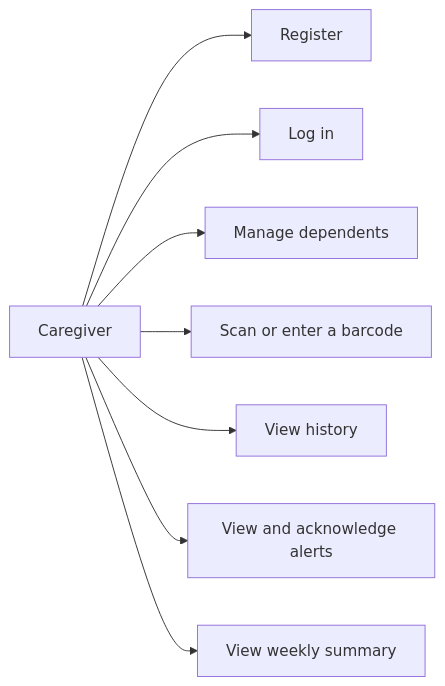
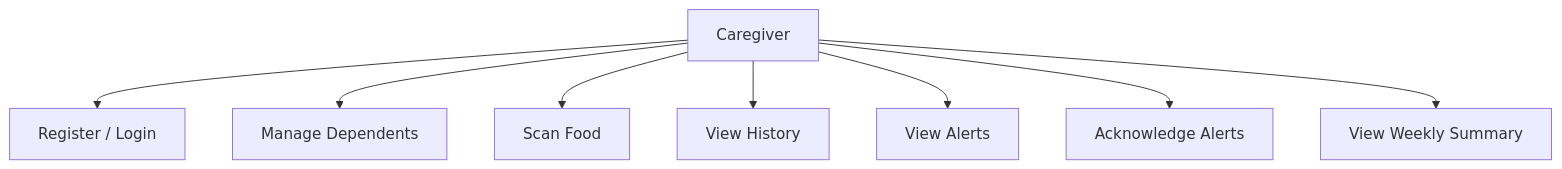
One commit to punypeony/HEALTHWATCH changed the first of 5 diagrams in docs/diagrams.md. Above: the diagram before and after it, drawn with Mermaid. The commit also changed other lines of this file and 2 other files, not shown here.

````diff
--- a/docs/diagrams.md
+++ b/docs/diagrams.md
@@ -7,11 +9,11 @@
 ```mermaid
-flowchart LR
+flowchart TD
   caregiver[Caregiver]
-  caregiver --> register[Register]
-  caregiver --> login[Log in]
-  caregiver --> dependents[Manage dependents]
-  caregiver --> scan[Scan or enter a barcode]
-  caregiver --> history[View history]
-  caregiver --> alerts[View and acknowledge alerts]
-  caregiver --> summary[View weekly summary]
+  caregiver --> registerLogin[Register / Login]
+  caregiver --> manageDependents[Manage Dependents]
+  caregiver --> scanFood[Scan Food]
+  caregiver --> viewHistory[View History]
+  caregiver --> viewAlerts[View Alerts]
+  caregiver --> acknowledgeAlerts[Acknowledge Alerts]
+  caregiver --> weeklySummary[View Weekly Summary]
 ```
````
